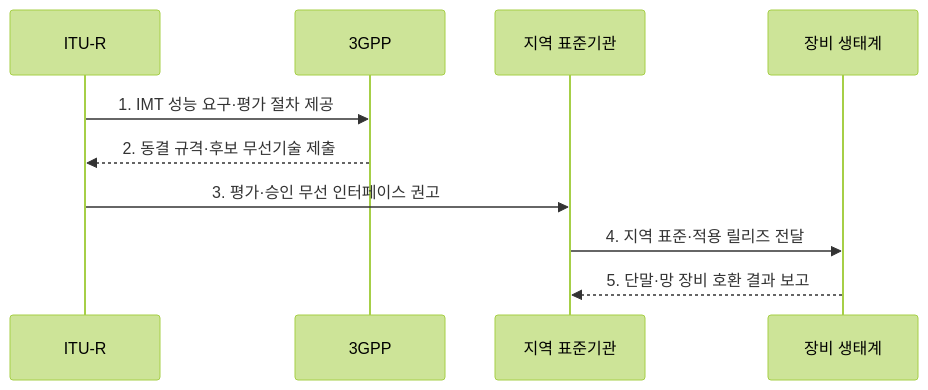
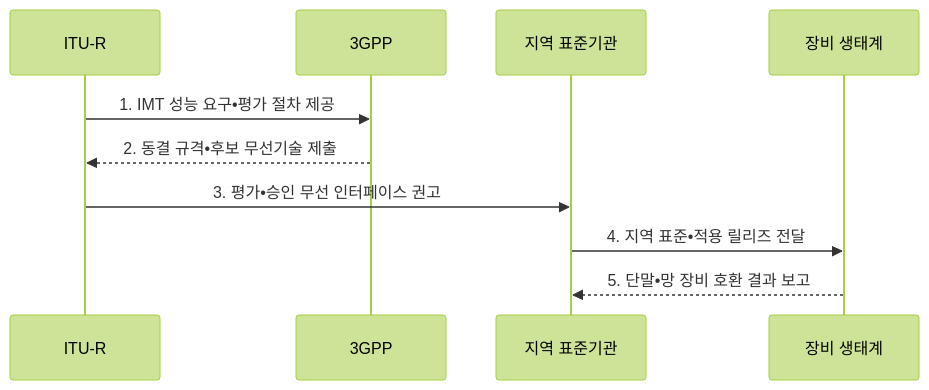
The second of 2 diagrams in src/content/docs/notes/07-law-policy/043_5g_international_standards.md (agnusdei1207/knowledge-base), drawn with Mermaid (forest theme) before and after one commit. The commit also changed other lines of this file and 953 other files, not shown here.

````diff
--- a/src/content/docs/notes/07-law-policy/043_5g_international_standards.md
+++ b/src/content/docs/notes/07-law-policy/043_5g_international_standards.md
@@ -96,12 +96,12 @@
 ```mermaid
 sequenceDiagram
     participant I as ITU-R
     participant G as 3GPP
     participant R as 지역 표준기관
     participant V as 장비 생태계
-    I->>G: 1. IMT 성능 요구·평가 절차 제공
-    G-->>I: 2. 동결 규격·후보 무선기술 제출
-    I->>R: 3. 평가·승인 무선 인터페이스 권고
-    R->>V: 4. 지역 표준·적용 릴리즈 전달
-    V-->>R: 5. 단말·망 장비 호환 결과 보고
+    I->>G: 1. IMT 성능 요구•평가 절차 제공
+    G-->>I: 2. 동결 규격•후보 무선기술 제출
+    I->>R: 3. 평가•승인 무선 인터페이스 권고
+    R->>V: 4. 지역 표준•적용 릴리즈 전달
+    V-->>R: 5. 단말•망 장비 호환 결과 보고
 ```
````
